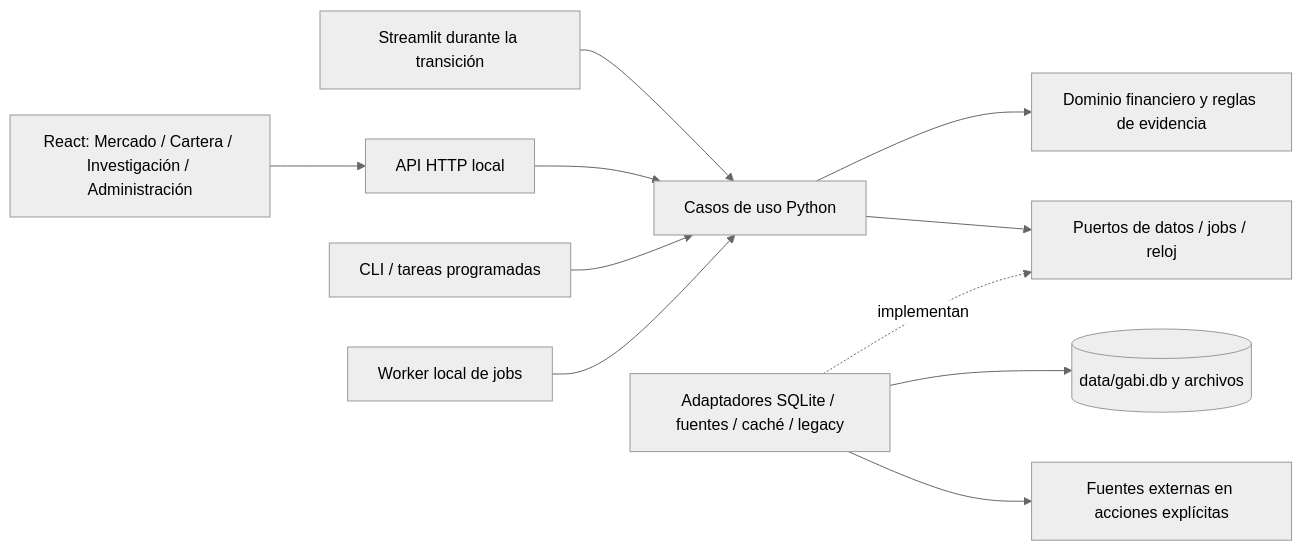
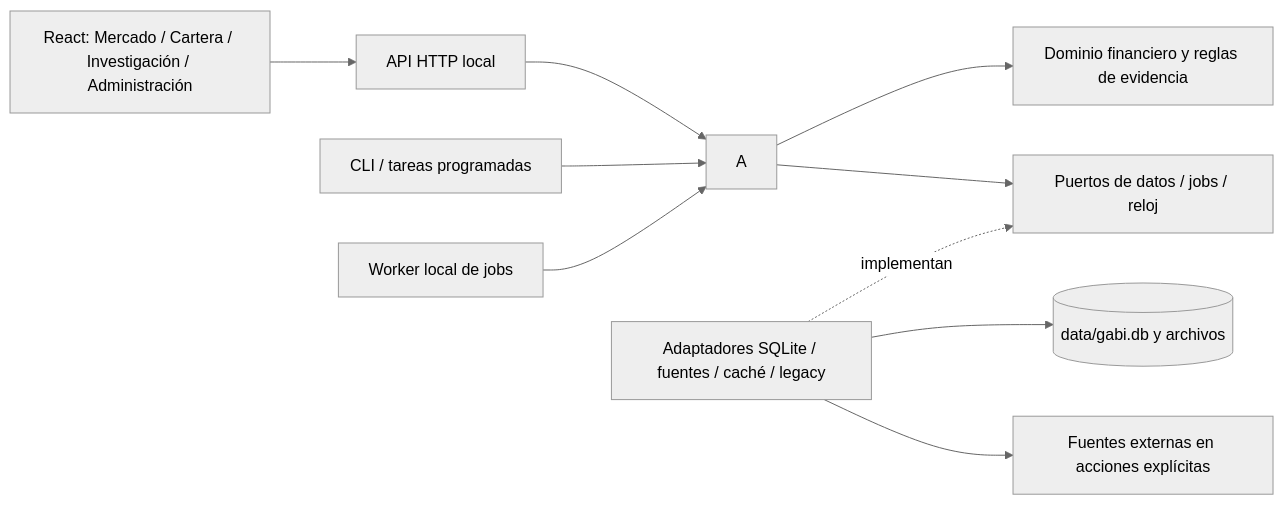
Before and after one commit to juavepui/GABI: the diagram in docs/architecture.md, drawn with Mermaid (neutral theme). The commit also changed other lines of this file and 65 other files, not shown here.

````diff
--- a/docs/architecture.md
+++ b/docs/architecture.md
@@ -34,13 +33,12 @@
 ```mermaid
 flowchart LR
     R[React: Mercado / Cartera / Investigación / Administración] --> H[API HTTP local]
-    S[Streamlit durante la transición] --> A[Casos de uso Python]
     H --> A
     C[CLI / tareas programadas] --> A
     W[Worker local de jobs] --> A
     A --> D[Dominio financiero y reglas de evidencia]
     A --> P[Puertos de datos / jobs / reloj]
     I[Adaptadores SQLite / fuentes / caché / legacy] -. implementan .-> P
     I --> DB[(data/gabi.db y archivos)]
     I --> F[Fuentes externas en acciones explícitas]
 ```
````
